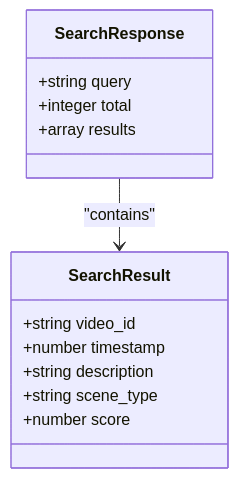
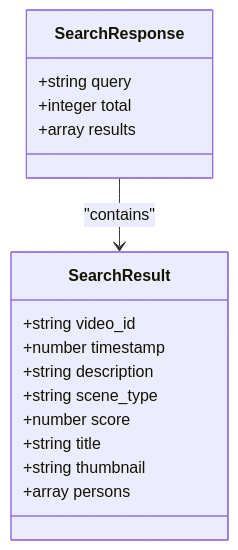
The second of 5 diagrams in .qoder/repowiki/en/content/Backend API Reference/Search Endpoint.md (alexandreybasta-cyber/dubai-media-ai), drawn with Mermaid before and after one commit. The commit also changed other lines of this file and 23 other files, not shown here.

````diff
--- a/.qoder/repowiki/en/content/Backend API Reference/Search Endpoint.md
+++ b/.qoder/repowiki/en/content/Backend API Reference/Search Endpoint.md
@@ -80,16 +89,19 @@
 ```mermaid
 classDiagram
 class SearchResponse {
 +string query
 +integer total
 +array results
 }
 class SearchResult {
 +string video_id
 +number timestamp
 +string description
 +string scene_type
 +number score
++string title
++string thumbnail
++array persons
 }
 SearchResponse --> SearchResult : "contains"
 ```
````
